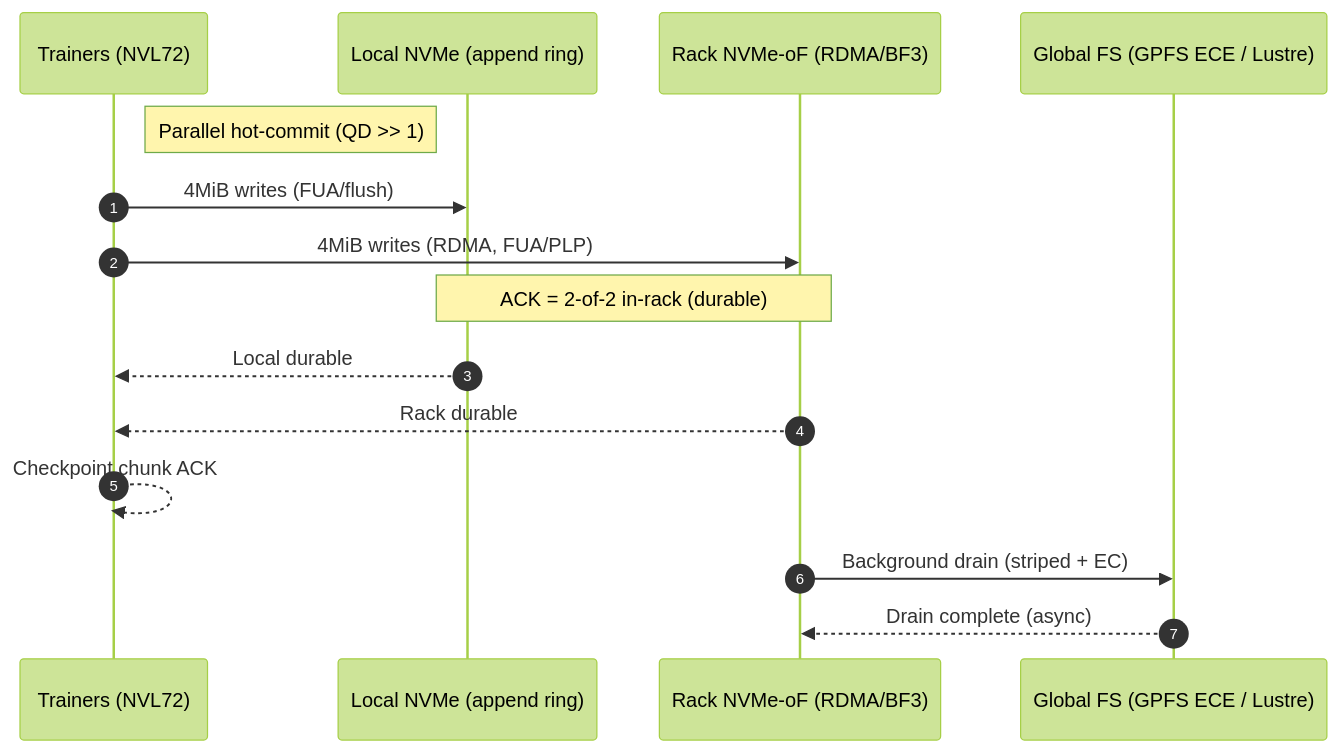
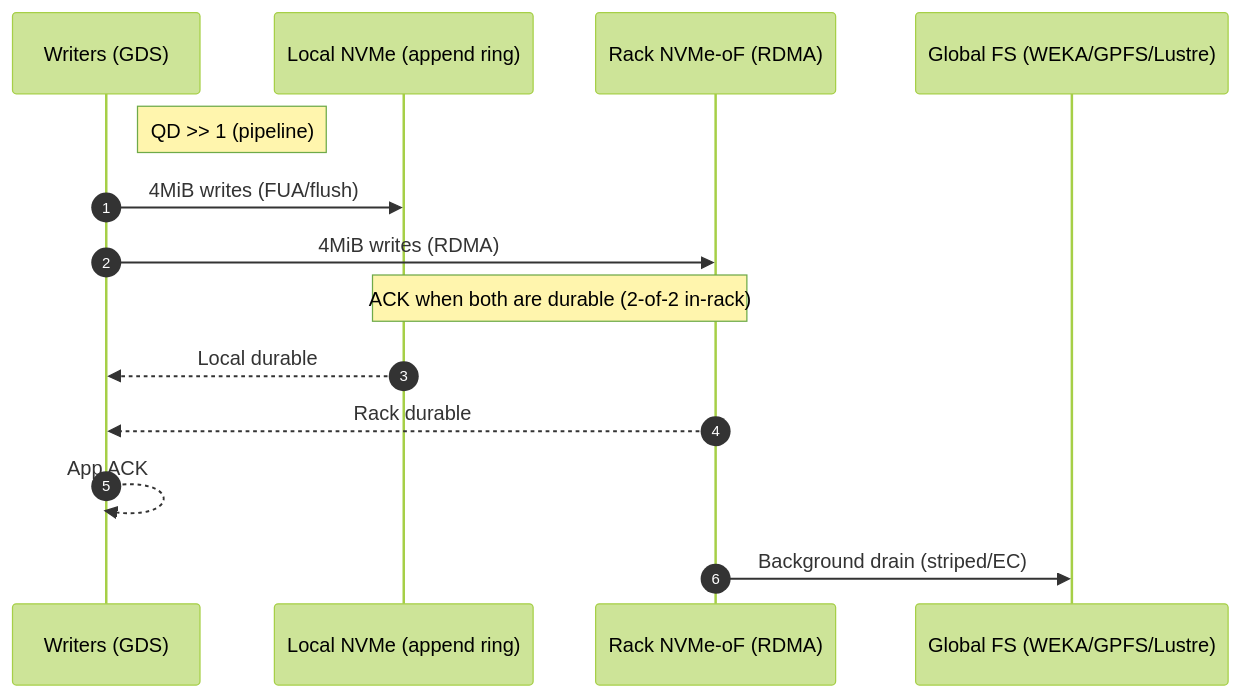
Before and after one commit to noelashford/Storage-Solution: the third of 6 diagrams in README.md, drawn with Mermaid (forest theme). The commit also changed other lines of this file, not shown here.

````diff
--- a/README.md
+++ b/README.md
@@ -165,19 +177,17 @@
 ```mermaid
 sequenceDiagram
   autonumber
-  participant GPU as Trainers (NVL72)
+  participant GPU as Writers (GDS)
   participant L as Local NVMe (append ring)
-  participant R as Rack NVMe-oF (RDMA/BF3)
-  participant FS as Global FS (GPFS ECE / Lustre)
+  participant R as Rack NVMe-oF (RDMA)
+  participant FS as Global FS (WEKA/GPFS/Lustre)
 
-  Note right of GPU: Parallel hot-commit (QD >> 1)
+  Note right of GPU: QD >> 1 (pipeline)
   GPU->>L: 4MiB writes (FUA/flush)
-  GPU->>R: 4MiB writes (RDMA, FUA/PLP)
-  Note over L,R: ACK = 2-of-2 in-rack (durable)
+  GPU->>R: 4MiB writes (RDMA)
+  Note over L,R: ACK when both are durable (2-of-2 in-rack)
   L-->>GPU: Local durable
   R-->>GPU: Rack durable
-  GPU-->>GPU: Checkpoint chunk ACK
-
-  R->>FS: Background drain (striped + EC)
-  FS-->>R: Drain complete (async)
+  GPU-->>GPU: App ACK
+  R->>FS: Background drain (striped/EC)
 ```
````
